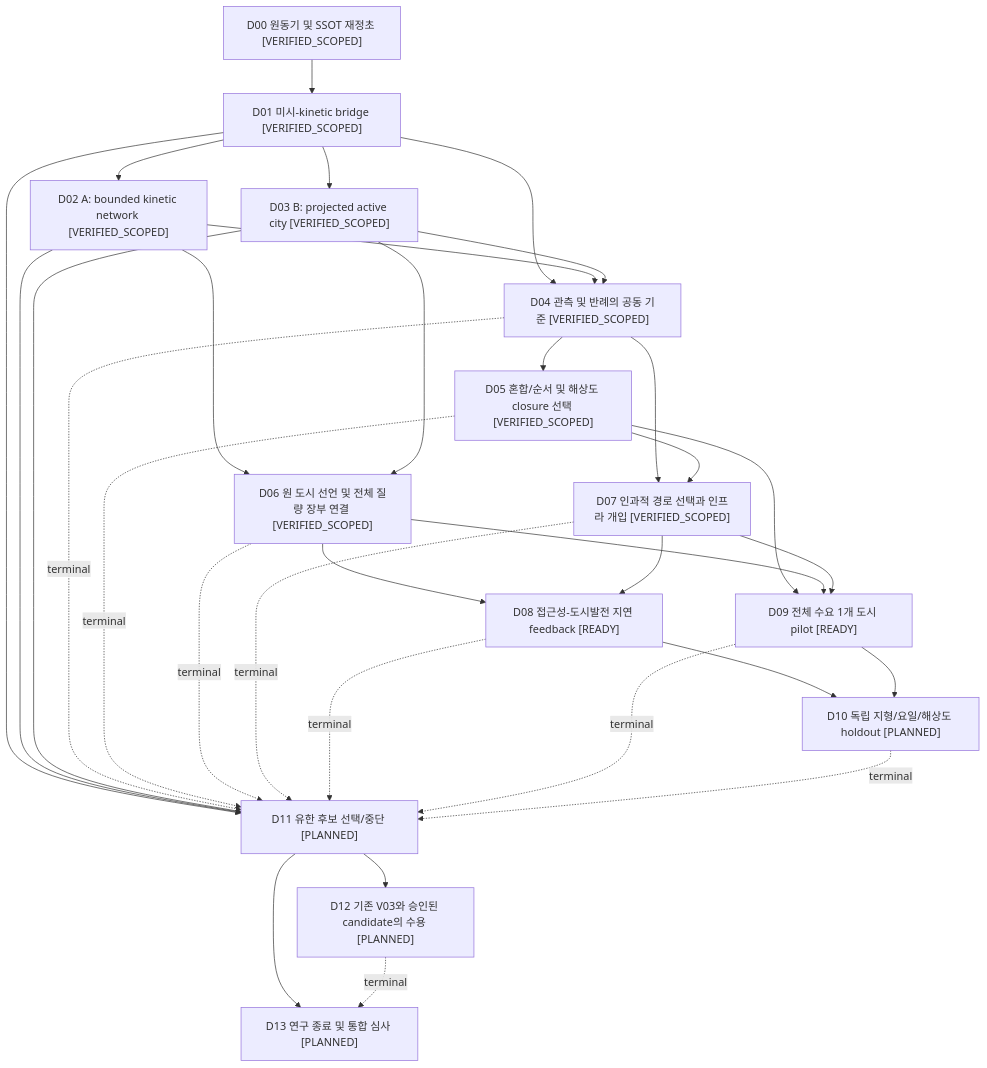
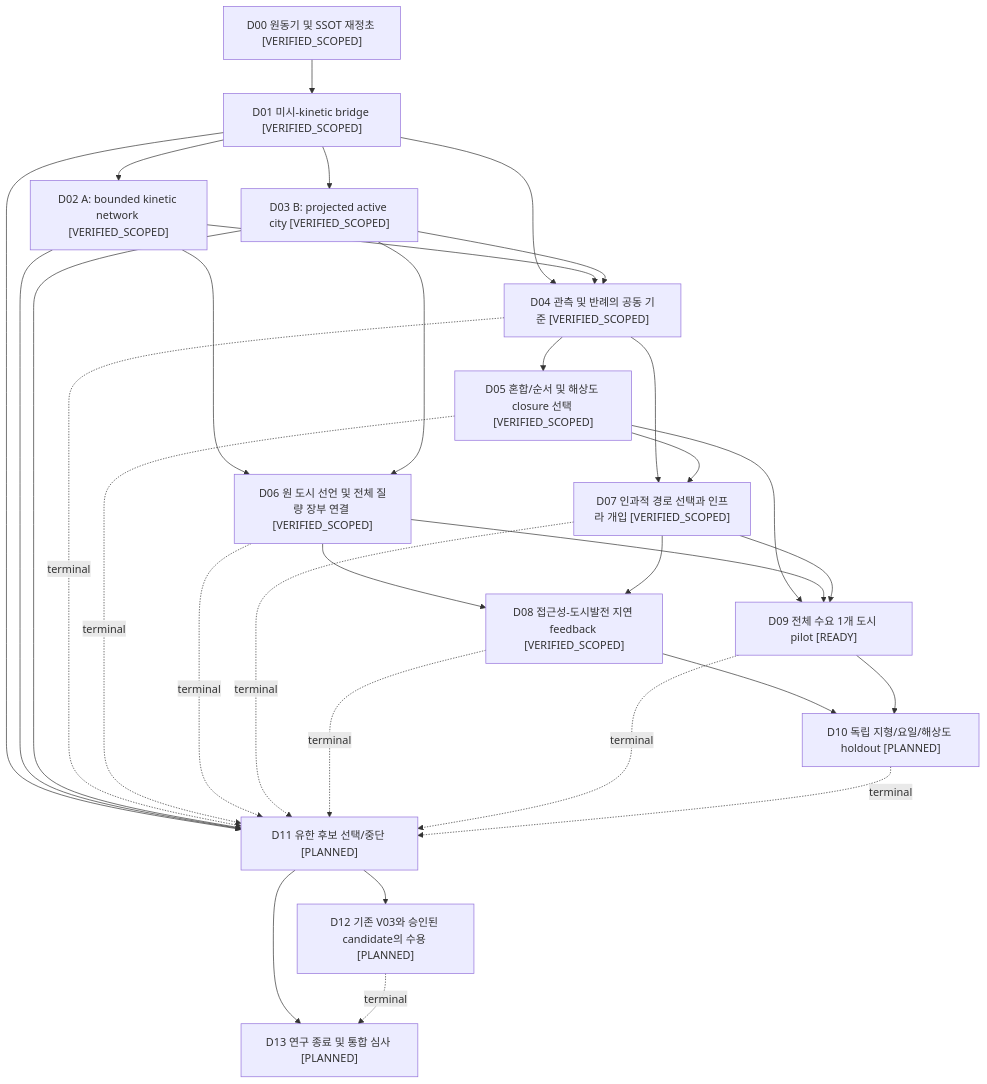
One commit to cosmosapjw-quantum/urban_traffic_demo changed the diagram in docs/akm/DAG.mmd. Above: the diagram before and after it, drawn with Mermaid. The commit also changed 10 other files, not shown here.

Commit message:
S10 Close scoped D08 lagged LUTI and lock Rust-first execution architecture

```diff
--- a/docs/akm/DAG.mmd
+++ b/docs/akm/DAG.mmd
@@ -1,46 +1,46 @@
 flowchart TD
   D00["D00 원동기 및 SSOT 재정초 [VERIFIED_SCOPED]"]
   D01["D01 미시-kinetic bridge [VERIFIED_SCOPED]"]
   D00 --> D01
   D02["D02 A: bounded kinetic network [VERIFIED_SCOPED]"]
   D01 --> D02
   D03["D03 B: projected active city [VERIFIED_SCOPED]"]
   D01 --> D03
   D04["D04 관측 및 반례의 공동 기준 [VERIFIED_SCOPED]"]
   D01 --> D04
   D02 --> D04
   D03 --> D04
   D05["D05 혼합/순서 및 해상도 closure 선택 [VERIFIED_SCOPED]"]
   D04 --> D05
   D06["D06 원 도시 선언 및 전체 질량 장부 연결 [VERIFIED_SCOPED]"]
   D02 --> D06
   D03 --> D06
   D07["D07 인과적 경로 선택과 인프라 개입 [VERIFIED_SCOPED]"]
   D04 --> D07
   D05 --> D07
-  D08["D08 접근성-도시발전 지연 feedback [READY]"]
+  D08["D08 접근성-도시발전 지연 feedback [VERIFIED_SCOPED]"]
   D06 --> D08
   D07 --> D08
   D09["D09 전체 수요 1개 도시 pilot [READY]"]
   D05 --> D09
   D06 --> D09
   D07 --> D09
   D10["D10 독립 지형/요일/해상도 holdout [PLANNED]"]
   D08 --> D10
   D09 --> D10
   D11["D11 유한 후보 선택/중단 [PLANNED]"]
   D01 --> D11
   D02 --> D11
   D03 --> D11
   D04 -. terminal .-> D11
   D05 -. terminal .-> D11
   D06 -. terminal .-> D11
   D07 -. terminal .-> D11
   D08 -. terminal .-> D11
   D09 -. terminal .-> D11
   D10 -. terminal .-> D11
   D12["D12 기존 V03와 승인된 candidate의 수용 [PLANNED]"]
   D11 --> D12
   D13["D13 연구 종료 및 통합 심사 [PLANNED]"]
   D11 --> D13
   D12 -. terminal .-> D13
```
